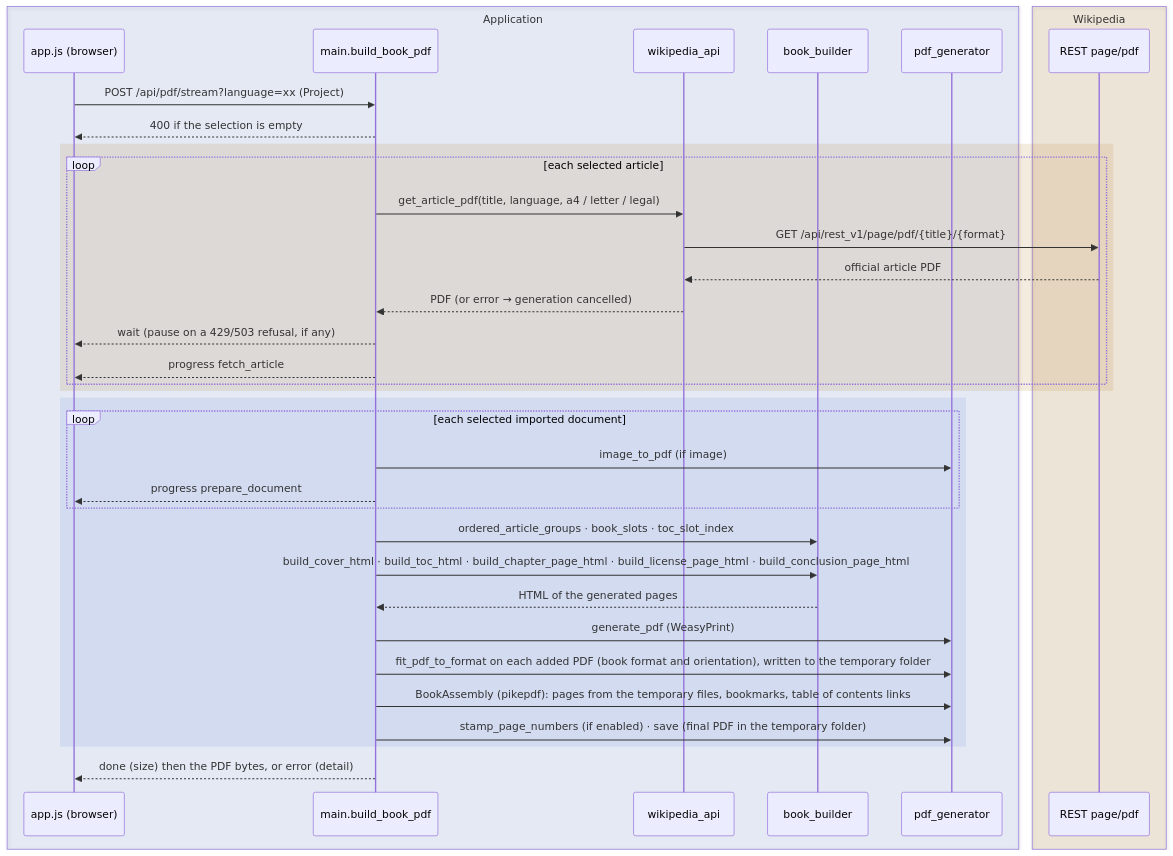
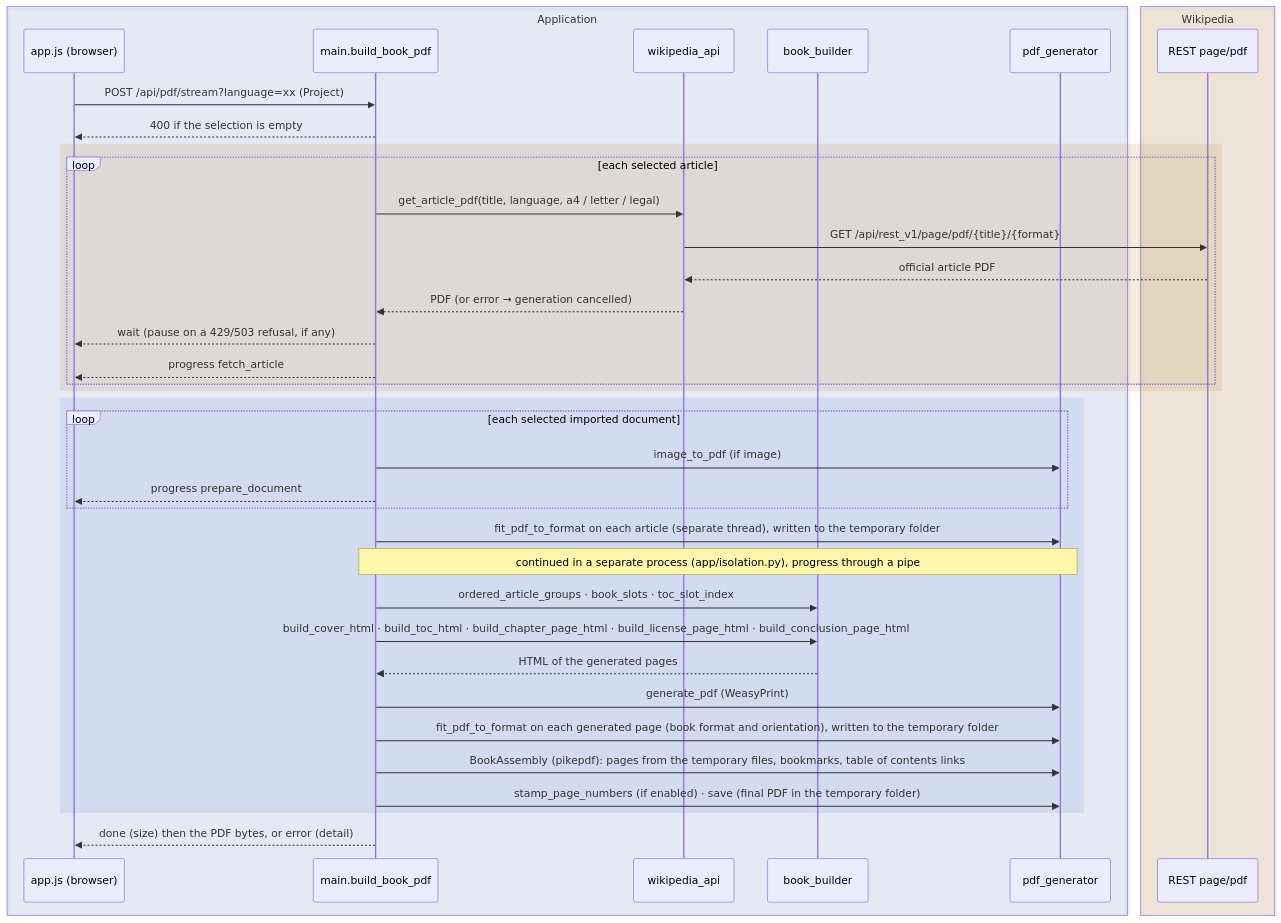
The second of 2 diagrams in docs/SPECIFICATIONS.en.md (gmoulard/wikipedia2book), drawn with Mermaid before and after one commit. The commit also changed other lines of this file and 10 other files, not shown here.

````diff
--- a/docs/SPECIFICATIONS.en.md
+++ b/docs/SPECIFICATIONS.en.md
@@ -953,40 +957,42 @@
 ```mermaid
 sequenceDiagram
     box rgba(51,102,204,0.10) Application
         participant U as app.js (browser)
         participant M as main.build_book_pdf
         participant W as wikipedia_api
         participant B as book_builder
         participant P as pdf_generator
     end
     box rgba(172,102,0,0.12) Wikipedia
         participant R as REST page/pdf
     end
 
     U->>M: POST /api/pdf/stream?language=xx (Project)
     M-->>U: 400 if the selection is empty
     rect rgba(172,102,0,0.12)
         loop each selected article
             M->>W: get_article_pdf(title, language, a4 / letter / legal)
             W->>R: GET /api/rest_v1/page/pdf/{title}/{format}
             R-->>W: official article PDF
             W-->>M: PDF (or error → generation cancelled)
             M-->>U: wait (pause on a 429/503 refusal, if any)
             M-->>U: progress fetch_article
         end
     end
     rect rgba(51,102,204,0.10)
         loop each selected imported document
             M->>P: image_to_pdf (if image)
             M-->>U: progress prepare_document
         end
+        M->>P: fit_pdf_to_format on each article (separate thread), written to the temporary folder
+        Note over M,P: continued in a separate process (app/isolation.py), progress through a pipe
         M->>B: ordered_article_groups · book_slots · toc_slot_index
         M->>B: build_cover_html · build_toc_html · build_chapter_page_html · build_license_page_html · build_conclusion_page_html
         B-->>M: HTML of the generated pages
         M->>P: generate_pdf (WeasyPrint)
-        M->>P: fit_pdf_to_format on each added PDF (book format and orientation), written to the temporary folder
+        M->>P: fit_pdf_to_format on each generated page (book format and orientation), written to the temporary folder
         M->>P: BookAssembly (pikepdf): pages from the temporary files, bookmarks, table of contents links
         M->>P: stamp_page_numbers (if enabled) · save (final PDF in the temporary folder)
     end
     M-->>U: done (size) then the PDF bytes, or error (detail)
 ```
````
